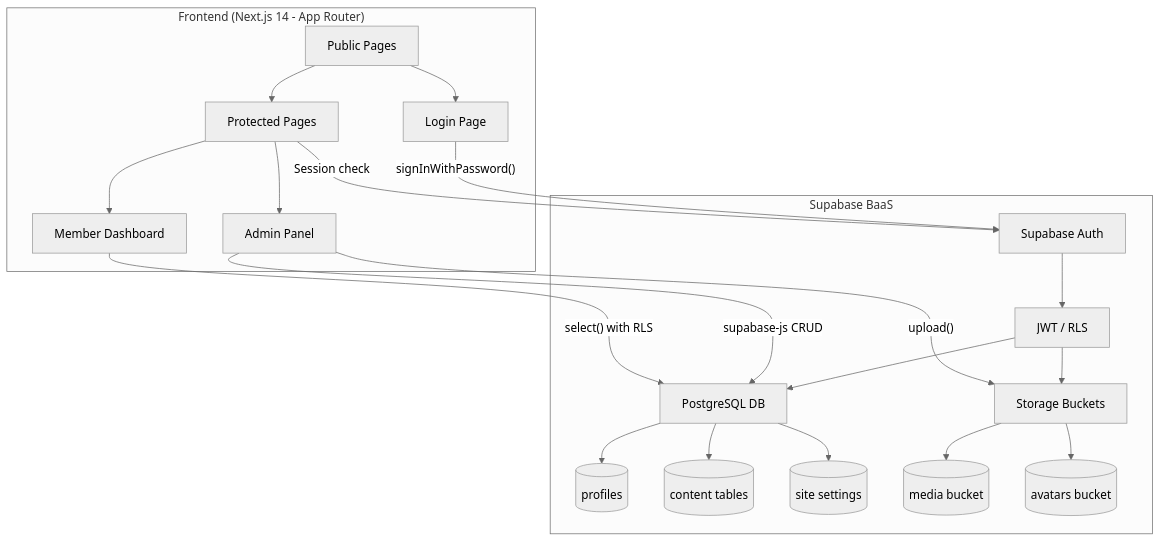
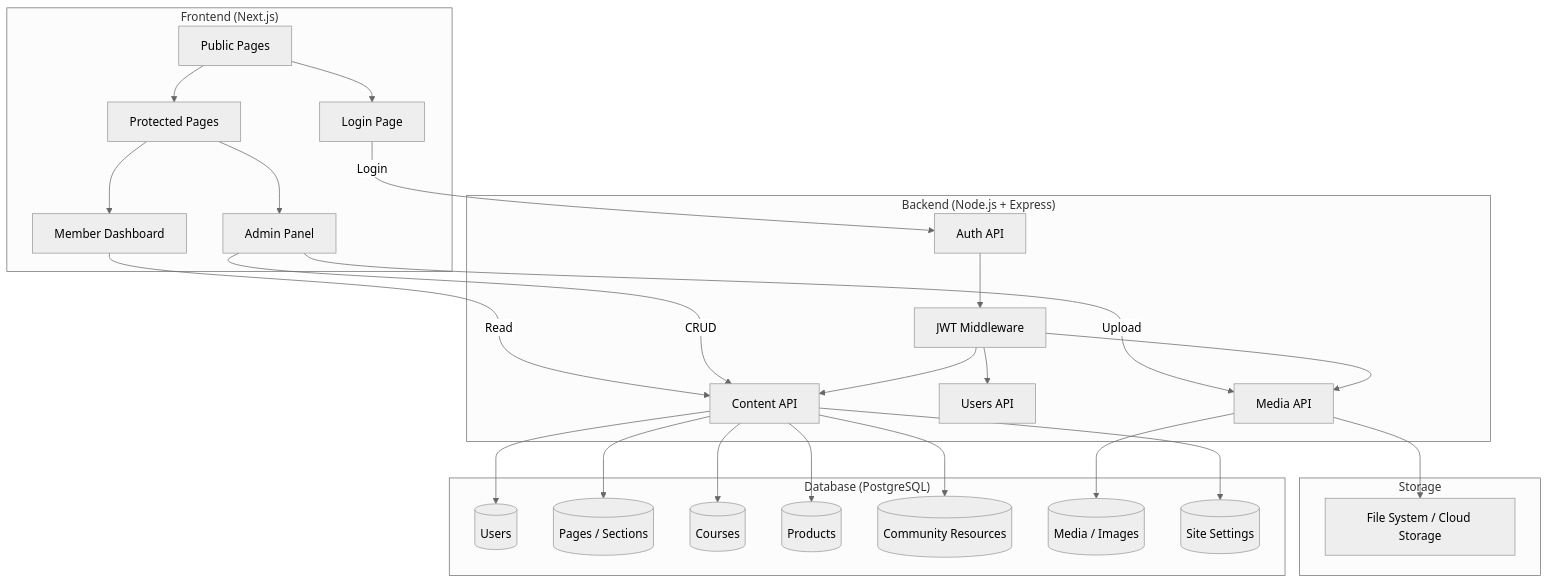
One commit to ccial-colombia/appweb changed the second of 5 diagrams in documents/Plan for CCI AL Colombia.md. Above: the diagram before and after it, drawn with Mermaid (neutral theme). The commit also changed other lines of this file and 19 other files, not shown here.

````diff
--- a/documents/Plan for CCI AL Colombia.md
+++ b/documents/Plan for CCI AL Colombia.md
@@ -111,26 +109,37 @@
 ```mermaid
 graph TB
-    subgraph "Frontend (Next.js 14 - App Router)"
+    subgraph "Frontend (Next.js)"
         A[Public Pages] --> B[Login Page]
         A --> C[Protected Pages]
         C --> D[Admin Panel]
         C --> E[Member Dashboard]
     end
 
-    subgraph "Supabase BaaS"
-        F[Supabase Auth] --> G[JWT / RLS]
-        G --> H[PostgreSQL DB]
-        G --> I[Storage Buckets]
-        H --> J[(profiles)]
-        H --> K[(content tables)]
-        H --> L[(site settings)]
-        I --> M[(media bucket)]
-        I --> N[(avatars bucket)]
+    subgraph "Backend (Node.js + Express)"
+        F[Auth API] --> G[JWT Middleware]
+        G --> H[Content API]
+        G --> I[Users API]
+        G --> J[Media API]
     end
 
-    B -->|"signInWithPassword()"| F
-    D -->|"supabase-js CRUD"| H
-    D -->|"upload()"| I
-    E -->|"select() with RLS"| H
-    C -->|"Session check"| F
+    subgraph "Database (PostgreSQL)"
+        K[(Users)]
+        L[(Pages / Sections)]
+        M[(Courses)]
+        N[(Products)]
+        O[(Community Resources)]
+        P[(Media / Images)]
+        Q[(Site Settings)]
+    end
+
+    subgraph "Storage"
+        R[File System / Cloud Storage]
+    end
+
+    B -->|Login| F
+    D -->|CRUD| H
+    D -->|Upload| J
+    H --> K & L & M & N & O & Q
+    J --> P & R
+    E -->|Read| H
 ```
````
